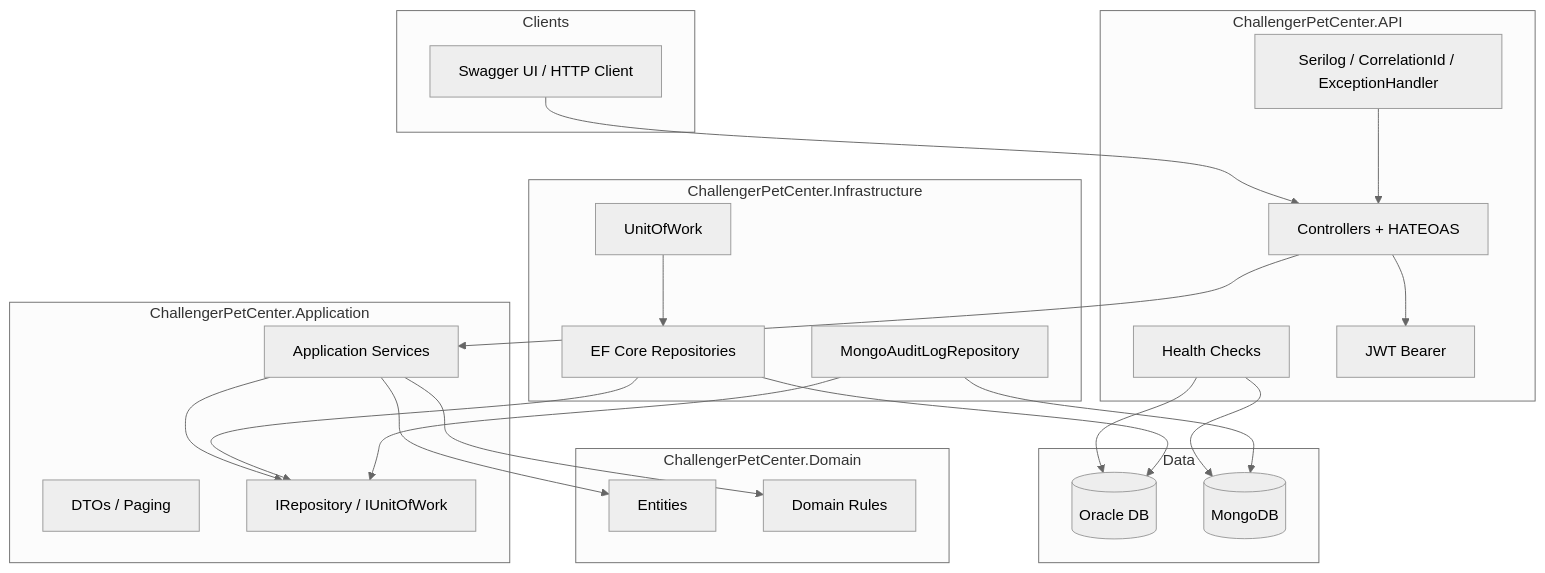
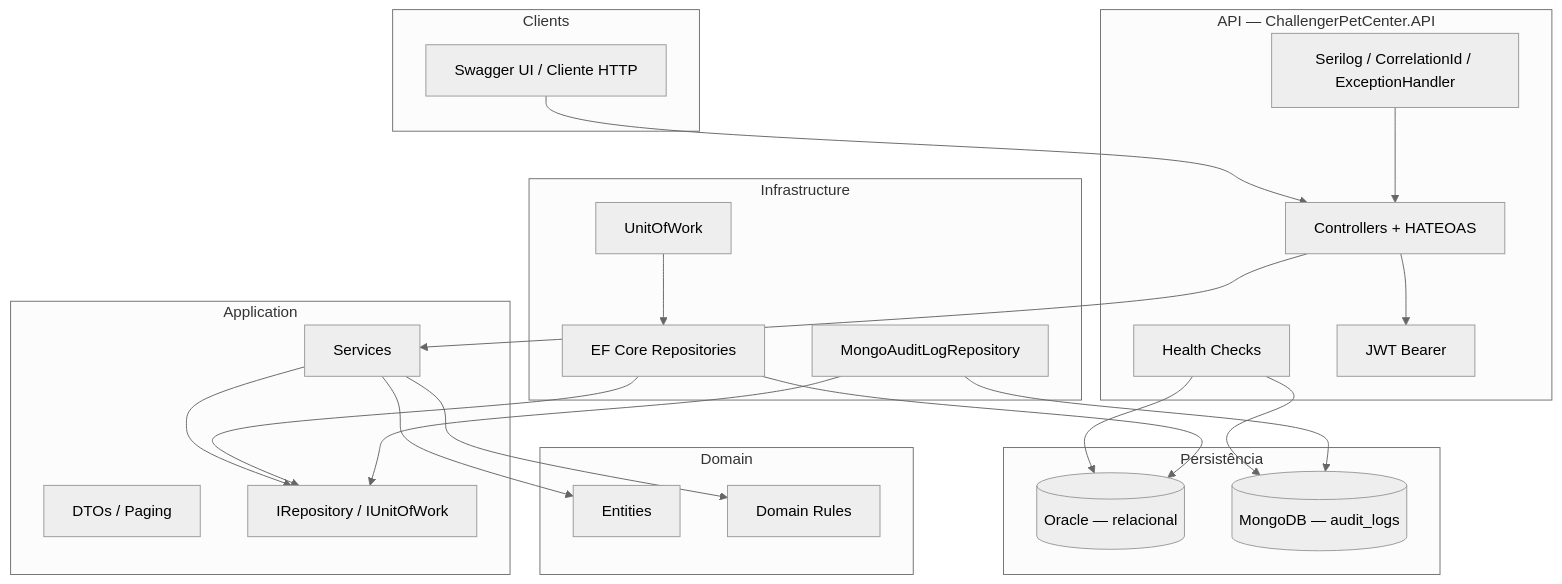
Before and after one commit to JuliaTButtler/ChallengerPetCenter: the diagram in README.md, drawn with Mermaid (neutral theme). The commit also changed other lines of this file, not shown here.

````diff
--- a/README.md
+++ b/README.md
@@ -75,50 +126,50 @@
 ```mermaid
 flowchart TB
   subgraph Clients
-    SwaggerUI[Swagger UI / HTTP Client]
+    SwaggerUI[Swagger UI / Cliente HTTP]
   end
 
-  subgraph API["ChallengerPetCenter.API"]
+  subgraph API["API — ChallengerPetCenter.API"]
     Controllers[Controllers + HATEOAS]
     Middleware[Serilog / CorrelationId / ExceptionHandler]
     Health[Health Checks]
     AuthJwt[JWT Bearer]
   end
 
-  subgraph Application["ChallengerPetCenter.Application"]
-    Services[Application Services]
+  subgraph Application["Application"]
+    Services[Services]
     DTOs[DTOs / Paging]
     RepoAbs[IRepository / IUnitOfWork]
   end
 
-  subgraph Domain["ChallengerPetCenter.Domain"]
+  subgraph Domain["Domain"]
     Entities[Entities]
     Rules[Domain Rules]
   end
 
-  subgraph Infrastructure["ChallengerPetCenter.Infrastructure"]
+  subgraph Infrastructure["Infrastructure"]
     EfRepos[EF Core Repositories]
     MongoRepo[MongoAuditLogRepository]
     Uow[UnitOfWork]
   end
 
-  subgraph Data
-    Oracle[(Oracle DB)]
-    Mongo[(MongoDB)]
+  subgraph Data["Persistência"]
+    Oracle[(Oracle — relacional)]
+    Mongo[(MongoDB — audit_logs)]
   end
 
   SwaggerUI --> Controllers
   Controllers --> AuthJwt
   Controllers --> Services
   Middleware --> Controllers
   Health --> Oracle
   Health --> Mongo
   Services --> RepoAbs
   Services --> Rules
   Services --> Entities
   EfRepos --> RepoAbs
   MongoRepo --> RepoAbs
   Uow --> EfRepos
   EfRepos --> Oracle
   MongoRepo --> Mongo
 ```
````
